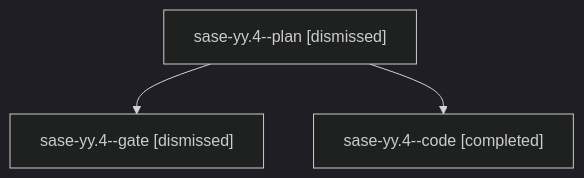
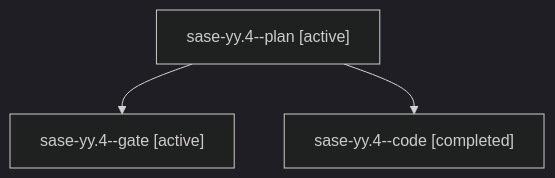
One commit to sase-org/sase--agents changed the diagram in families/bbugyi200.athena.sase-yy.4.md. Above: the diagram before and after it, drawn with Mermaid (dark theme). The commit also changed other lines of this file and 35830 other files, not shown here.

````diff
--- a/families/bbugyi200.athena.sase-yy.4.md
+++ b/families/bbugyi200.athena.sase-yy.4.md
@@ -9,8 +9,8 @@
 ```mermaid
 flowchart TD
-  n0["sase-yy.4--plan [dismissed]"]
-  n1["sase-yy.4--gate [dismissed]"]
+  n0["sase-yy.4--plan [active]"]
+  n1["sase-yy.4--gate [active]"]
   n0 --> n1
   n2["sase-yy.4--code [completed]"]
   n0 --> n2
 ```
````
